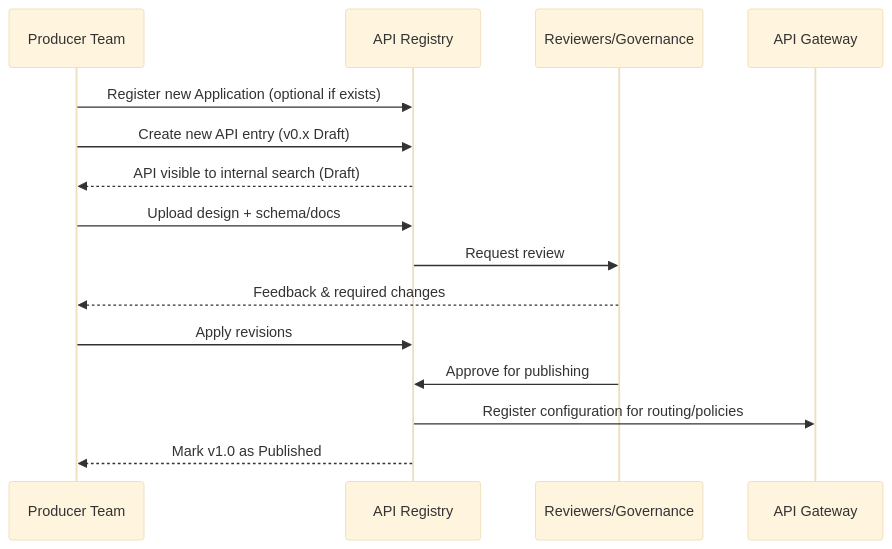
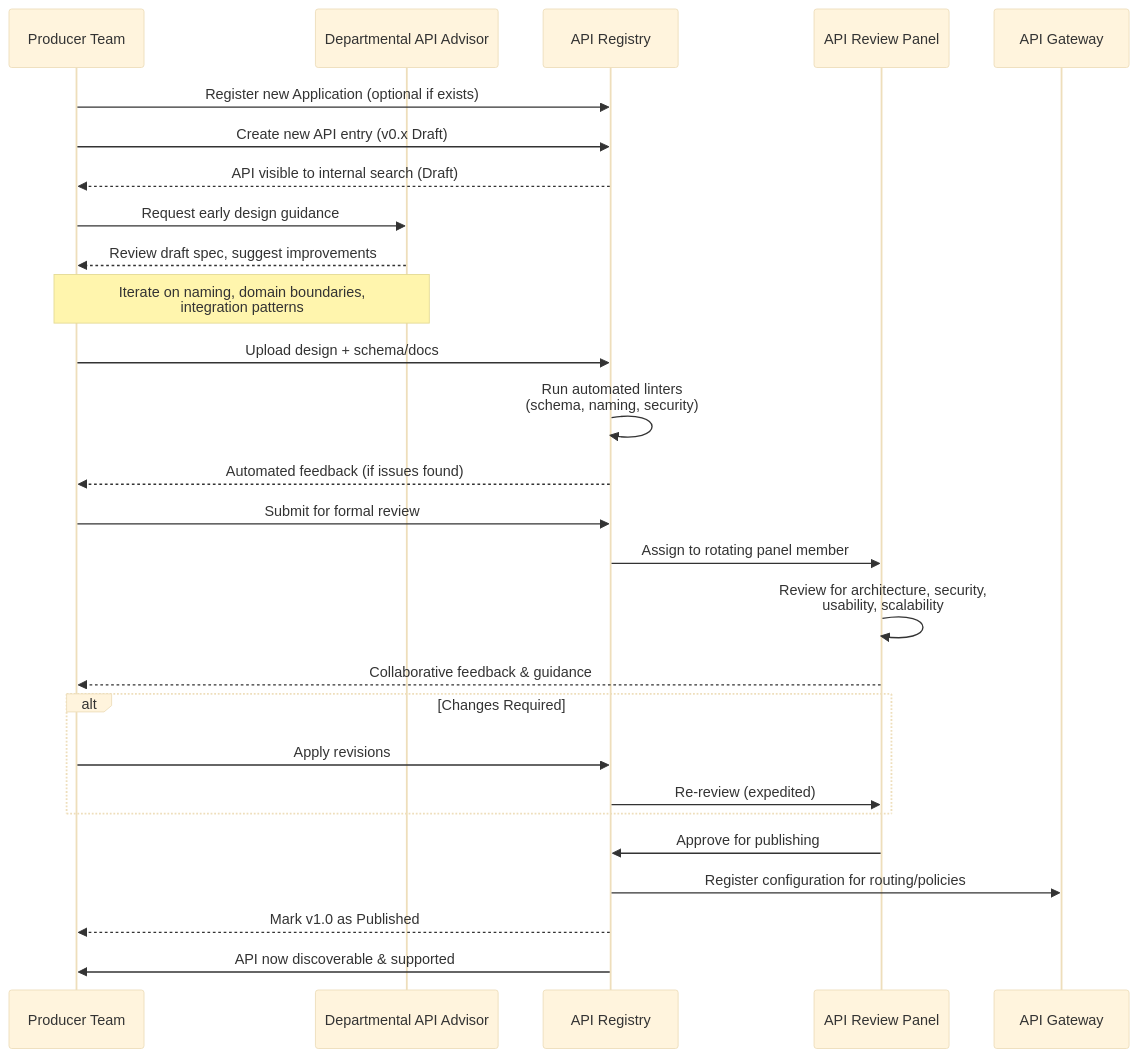
One commit to barbecuesteve/api-governance changed the fourth of 8 diagrams in technical-design.md. Above: the diagram before and after it, drawn with Mermaid (base theme). The commit also changed other lines of this file, not shown here.

Commit message:
improves the technical design doc

````diff
--- a/technical-design.md
+++ b/technical-design.md
@@ -146,20 +185,35 @@
 ```mermaid
 sequenceDiagram
     participant PT as Producer Team
+    participant DA as Departmental API Advisor
     participant REG as API Registry
-    participant GOV as Reviewers/Governance
+    participant ARP as API Review Panel
     participant GW as API Gateway
 
     PT->>REG: Register new Application (optional if exists)
     PT->>REG: Create new API entry (v0.x Draft)
     REG-->>PT: API visible to internal search (Draft)
 
+    PT->>DA: Request early design guidance
+    DA-->>PT: Review draft spec, suggest improvements
+    Note over PT,DA: Iterate on naming, domain boundaries,<br/>integration patterns
+    
     PT->>REG: Upload design + schema/docs
-    REG->>GOV: Request review
-    GOV-->>PT: Feedback & required changes
-    PT->>REG: Apply revisions
-    GOV->>REG: Approve for publishing
-
+    REG->>REG: Run automated linters<br/>(schema, naming, security)
+    REG-->>PT: Automated feedback (if issues found)
+    
+    PT->>REG: Submit for formal review
+    REG->>ARP: Assign to rotating panel member
+    ARP->>ARP: Review for architecture, security,<br/>usability, scalability
+    ARP-->>PT: Collaborative feedback & guidance
+    
+    alt Changes Required
+        PT->>REG: Apply revisions
+        REG->>ARP: Re-review (expedited)
+    end
+    
+    ARP->>REG: Approve for publishing
     REG->>GW: Register configuration for routing/policies
     REG-->>PT: Mark v1.0 as Published
+    REG->>PT: API now discoverable & supported
 ```
````
